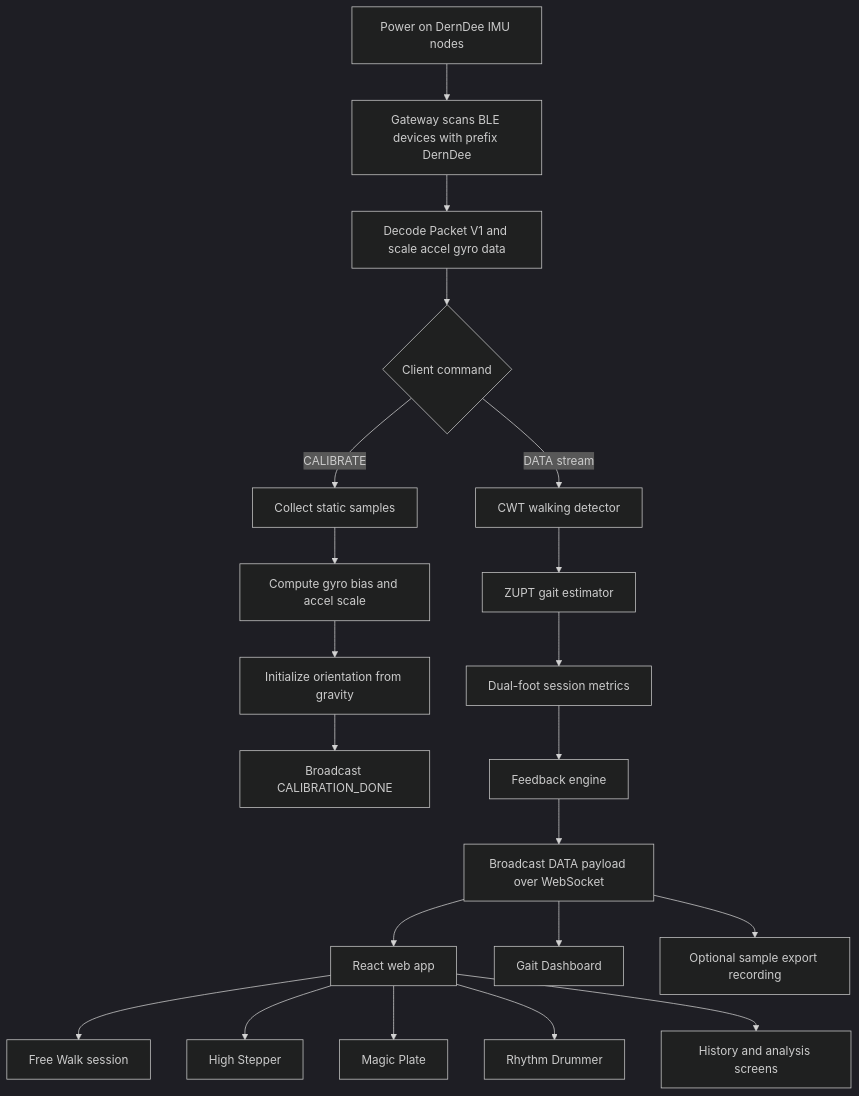
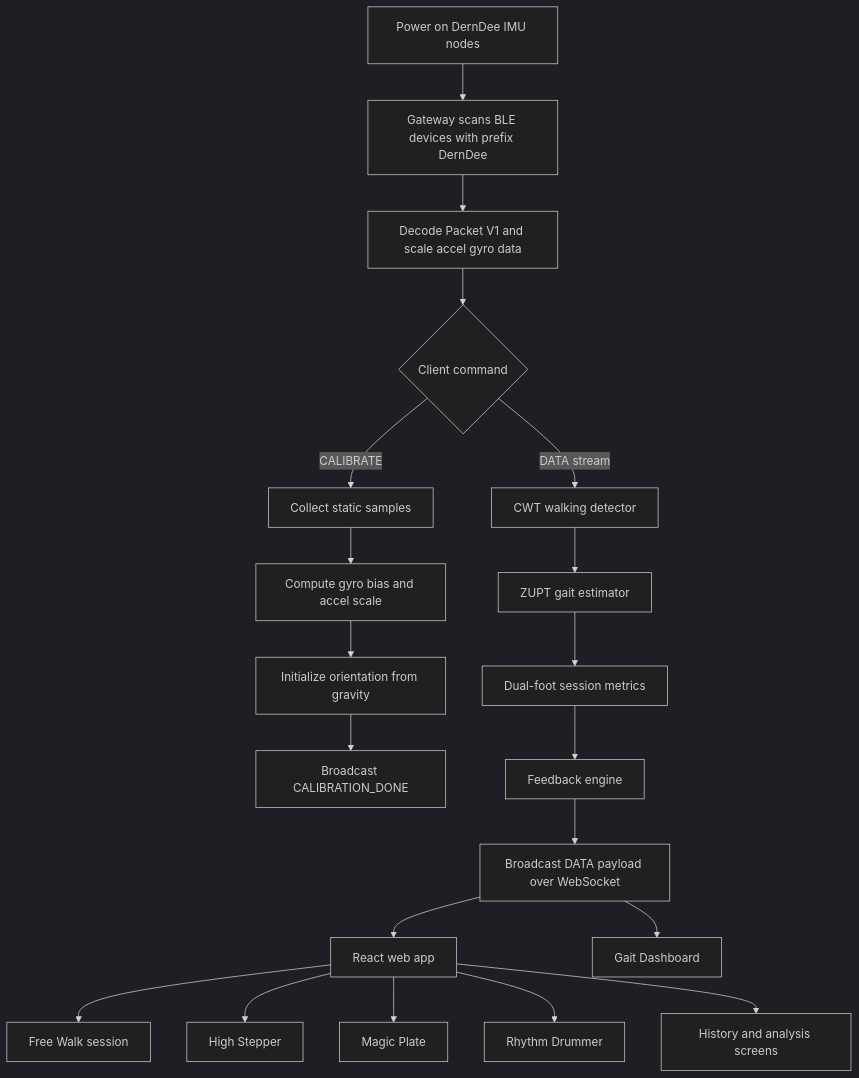
One commit to Nontakorn-dev/DernDee changed the diagram in README.md. Above: the diagram before and after it, drawn with Mermaid (dark theme). The commit also changed other lines of this file and 74 other files, not shown here.

````diff
--- a/README.md
+++ b/README.md
@@ -68,27 +65,26 @@
 ```mermaid
 flowchart TD
     A[Power on DernDee IMU nodes] --> B[Gateway scans BLE devices with prefix DernDee]
     B --> C[Decode Packet V1 and scale accel gyro data]
     C --> D{Client command}
 
     D -->|CALIBRATE| E[Collect static samples]
     E --> F[Compute gyro bias and accel scale]
     F --> G[Initialize orientation from gravity]
     G --> H[Broadcast CALIBRATION_DONE]
 
     D -->|DATA stream| I[CWT walking detector]
     I --> J[ZUPT gait estimator]
     J --> K[Dual-foot session metrics]
     K --> L[Feedback engine]
     L --> M[Broadcast DATA payload over WebSocket]
 
     M --> N[React web app]
     N --> O[Free Walk session]
     N --> P[High Stepper]
     N --> Q[Magic Plate]
     N --> R[Rhythm Drummer]
     N --> S[History and analysis screens]
 
     M --> T[Gait Dashboard]
-    M --> U[Optional sample export recording]
 ```
````
